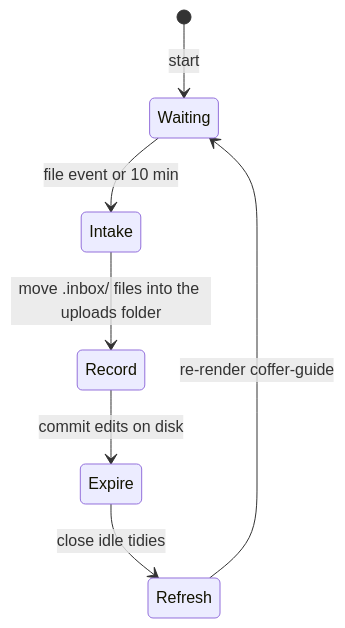
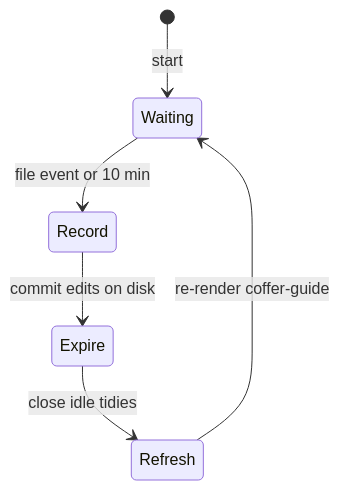
The third of 3 diagrams in docs-site/architecture/knowledge.md (wyx-sg/Coffer), drawn with Mermaid before and after one commit. The commit also changed other lines of this file and 78 other files, not shown here.

````diff
--- a/docs-site/architecture/knowledge.md
+++ b/docs-site/architecture/knowledge.md
@@ -356,9 +339,8 @@
 ```mermaid
 stateDiagram-v2
   [*] --> Waiting: start
-  Waiting --> Intake: file event or 10 min
-  Intake --> Record: move .inbox/ files into the uploads folder
+  Waiting --> Record: file event or 10 min
   Record --> Expire: commit edits on disk
   Expire --> Refresh: close idle tidies
   Refresh --> Waiting: re-render coffer-guide
 ```
````
